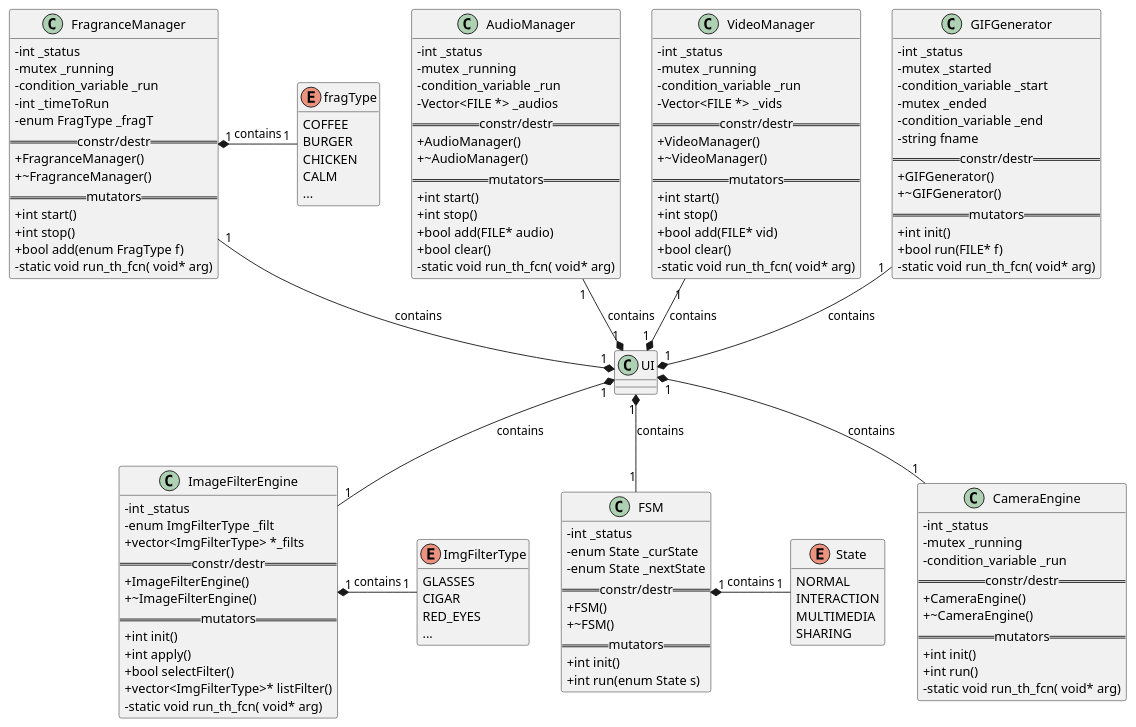
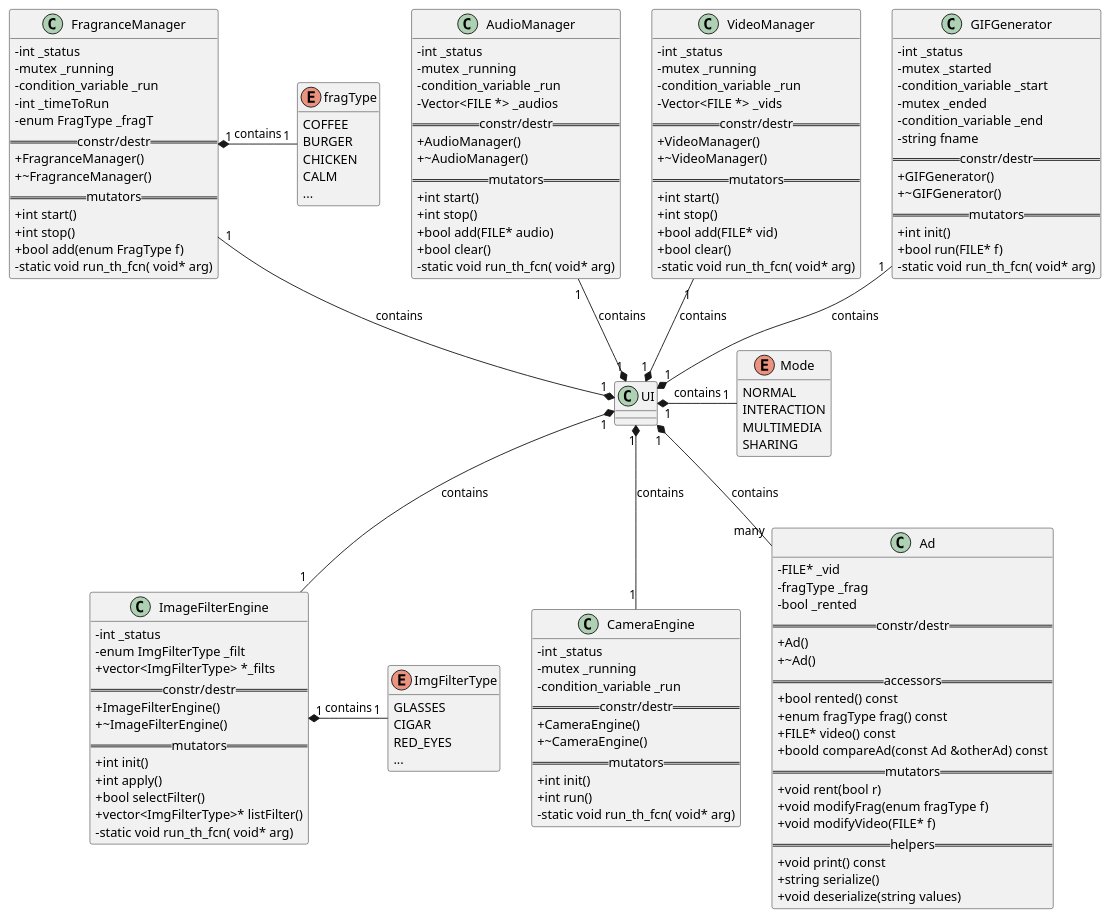
The diagram in Proj/diags/plantuml/class-diag/input/class-diag-local.pu (ElectroQuanta/MDO), drawn with PlantUML before and after one commit. The commit also changed 2 other files, not shown here.

```diff
--- a/Proj/diags/plantuml/class-diag/input/class-diag-local.pu
+++ b/Proj/diags/plantuml/class-diag/input/class-diag-local.pu
@@ -5,10 +5,10 @@
 ''!theme spacelab
 ''!theme mars (does not work)
 '' -------------------- Splitting into several files -----------
-page 2x2
-skinparam pageMargin 10
-skinparam pageExternalColor gray
-skinparam pageBorderColor black
+'page 2x2
+'skinparam pageMargin 10
+'skinparam pageExternalColor gray
+'skinparam pageBorderColor black
 '' --------------------------------------------------------------
 '' remove attributes and methods icons
 skinparam classAttributeIconSize 0
@@ -423,24 +423,46 @@
   - static void run_th_fcn( void* arg)
 }
 
-enum State{
+enum Mode{
 NORMAL
 INTERACTION
 MULTIMEDIA
 SHARING
 }
 
-class FSM{
-  -int _status
-  -enum State _curState
-  -enum State _nextState
+class Ad {
+  -FILE* _vid
+  -fragType _frag
+  -bool _rented
   == constr/destr ==
-  +FSM()
-  +~FSM()
+  +Ad()
+  +~Ad()
+  == accessors ==
+  + bool rented() const
+  + enum fragType frag() const
+  + FILE* video() const
+  + boold compareAd(const Ad &otherAd) const
   == mutators ==
-  + int init()
-  + int run(enum State s)
+  + void rent(bool r)
+  + void modifyFrag(enum fragType f)
+  + void modifyVideo(FILE* f)
+  == helpers ==
+  + void print() const
+  + string serialize() 
+  + void deserialize(string values) 
 }
+
+'class FSM{
+'  -int _status
+'  -enum State _curState
+'  -enum State _nextState
+'  == constr/destr ==
+'  +FSM()
+'  +~FSM()
+'  == mutators ==
+'  + int init()
+'  + int run(enum State s)
+'}
 
 enum fragType{
 COFFEE
@@ -452,8 +474,8 @@
 
 ImageFilterEngine "1" *- "1" ImgFilterType: contains
 FragranceManager "1" *- "1" fragType: contains
-FSM "1" *- "1" State: contains
-UI "1" *-- "1" FSM: contains
+UI "1" *- "1" Mode: contains
+UI "1" *-- "many" Ad: contains
 UI "1" *-- "1" ImageFilterEngine: contains
 UI "1" *-- "1" CameraEngine: contains
 UI "1" *-u- "1" GIFGenerator: contains
```
